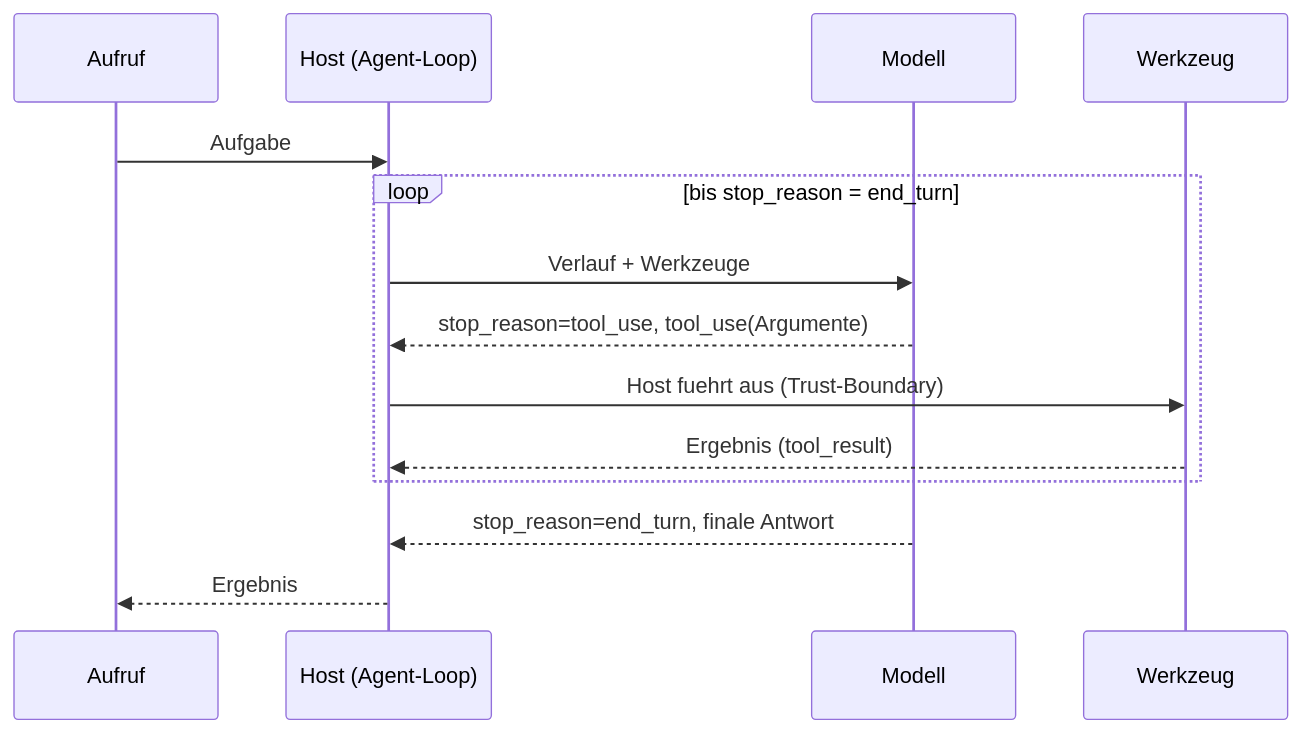
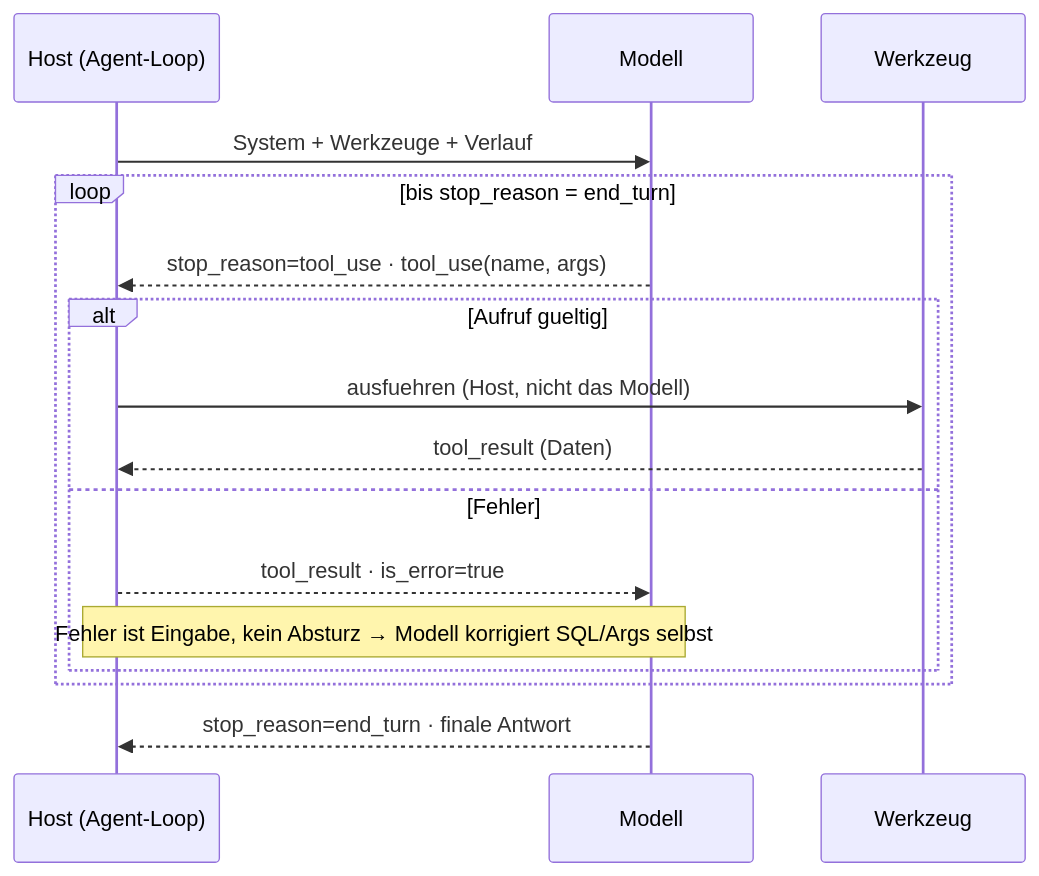
One commit to TheTrustedAdvisor/agentic-azure-techconf-wien-2026 changed the first of 10 diagrams in presentation/mermaids/PATTERNS.md. Above: the diagram before and after it, drawn with Mermaid. The commit also changed other lines of this file and 19 other files, not shown here.

First line of the commit message:
Präsentation erweitert: About-Me, Repo-QR-Slide, Plan-vs-Umsetzung; Mermaids vertieft; TN-Material

````diff
--- a/presentation/mermaids/PATTERNS.md
+++ b/presentation/mermaids/PATTERNS.md
@@ -8,16 +8,18 @@
 ```mermaid
 sequenceDiagram
-    participant App as Aufruf
     participant Host as Host (Agent-Loop)
     participant LLM as Modell
     participant Tool as Werkzeug
-    App->>Host: Aufgabe
+    Host->>LLM: System + Werkzeuge + Verlauf
     loop bis stop_reason = end_turn
-        Host->>LLM: Verlauf + Werkzeuge
-        LLM-->>Host: stop_reason=tool_use, tool_use(Argumente)
-        Host->>Tool: Host fuehrt aus (Trust-Boundary)
-        Tool-->>Host: Ergebnis (tool_result)
+        LLM-->>Host: stop_reason=tool_use · tool_use(name, args)
+        alt Aufruf gueltig
+            Host->>Tool: ausfuehren (Host, nicht das Modell)
+            Tool-->>Host: tool_result (Daten)
+        else Fehler
+            Host-->>LLM: tool_result · is_error=true
+            Note over Host,LLM: Fehler ist Eingabe, kein Absturz → Modell korrigiert SQL/Args selbst
+        end
     end
-    LLM-->>Host: stop_reason=end_turn, finale Antwort
-    Host-->>App: Ergebnis
+    LLM-->>Host: stop_reason=end_turn · finale Antwort
 ```
````
